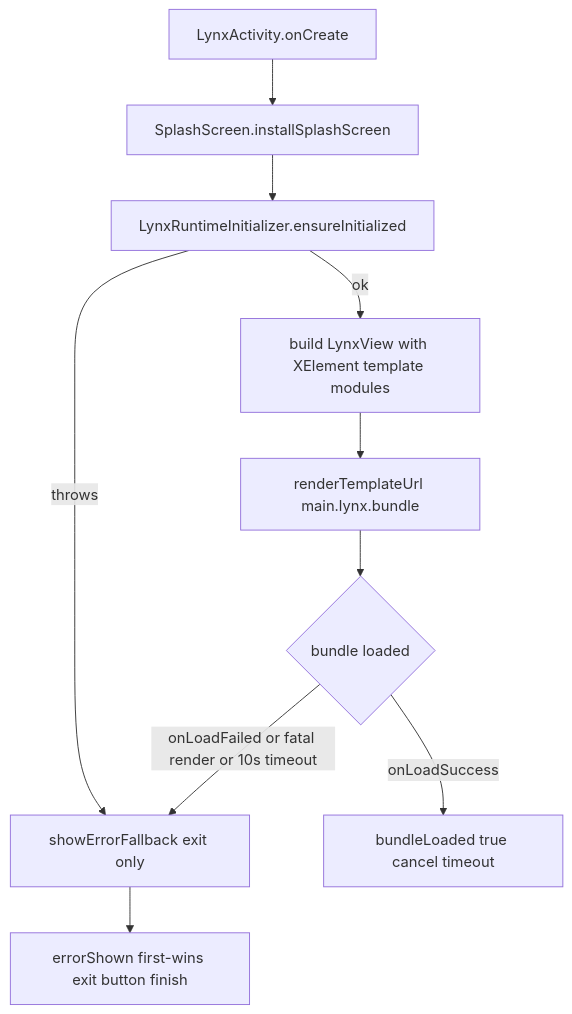
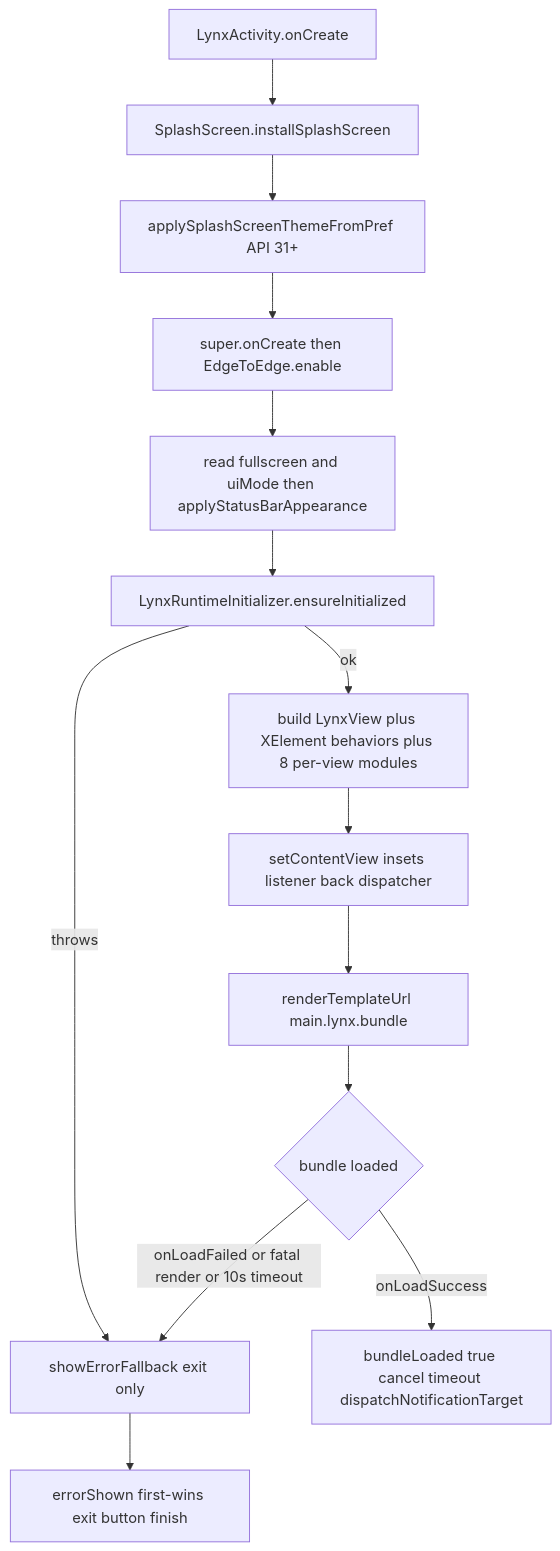
Before and after one commit to a1121611810/Pictelio: the first of 4 diagrams in openwiki/integrations/android-native.md, drawn with Mermaid. The commit also changed other lines of this file and 33 other files, not shown here.

````diff
--- a/openwiki/integrations/android-native.md
+++ b/openwiki/integrations/android-native.md
@@ -122,12 +151,16 @@
 ```mermaid
 flowchart TD
     A["LynxActivity.onCreate"] --> B["SplashScreen.installSplashScreen"]
-    B --> C["LynxRuntimeInitializer.ensureInitialized"]
-    C -->|throws| E["showErrorFallback exit only"]
-    C -->|ok| D["build LynxView with XElement template modules"]
-    D --> F["renderTemplateUrl main.lynx.bundle"]
-    F --> G{"bundle loaded"}
-    G -->|onLoadSuccess| H["bundleLoaded true cancel timeout"]
-    G -->|onLoadFailed or fatal render or 10s timeout| E
-    E --> I["errorShown first-wins exit button finish"]
+    B --> B2["applySplashScreenThemeFromPref API 31+"]
+    B2 --> C["super.onCreate then EdgeToEdge.enable"]
+    C --> C2["read fullscreen and uiMode then applyStatusBarAppearance"]
+    C2 --> D["LynxRuntimeInitializer.ensureInitialized"]
+    D -->|throws| E["showErrorFallback exit only"]
+    D -->|ok| F["build LynxView plus XElement behaviors plus 8 per-view modules"]
+    F --> G["setContentView insets listener back dispatcher"]
+    G --> H["renderTemplateUrl main.lynx.bundle"]
+    H --> I{"bundle loaded"}
+    I -->|onLoadSuccess| J["bundleLoaded true cancel timeout dispatchNotificationTarget"]
+    I -->|onLoadFailed or fatal render or 10s timeout| E
+    E --> K["errorShown first-wins exit button finish"]
 ```
````
